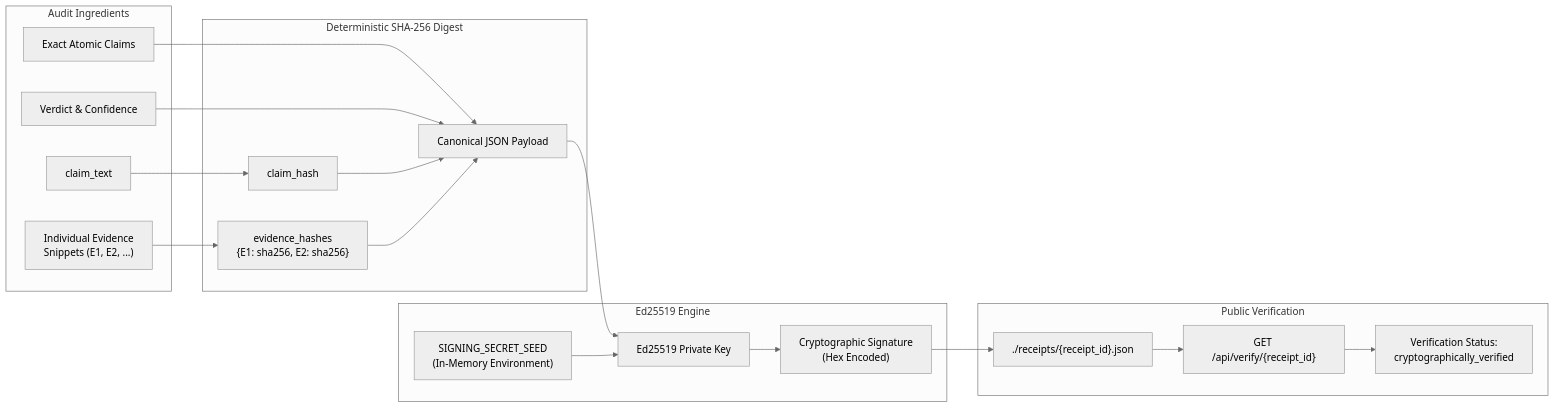
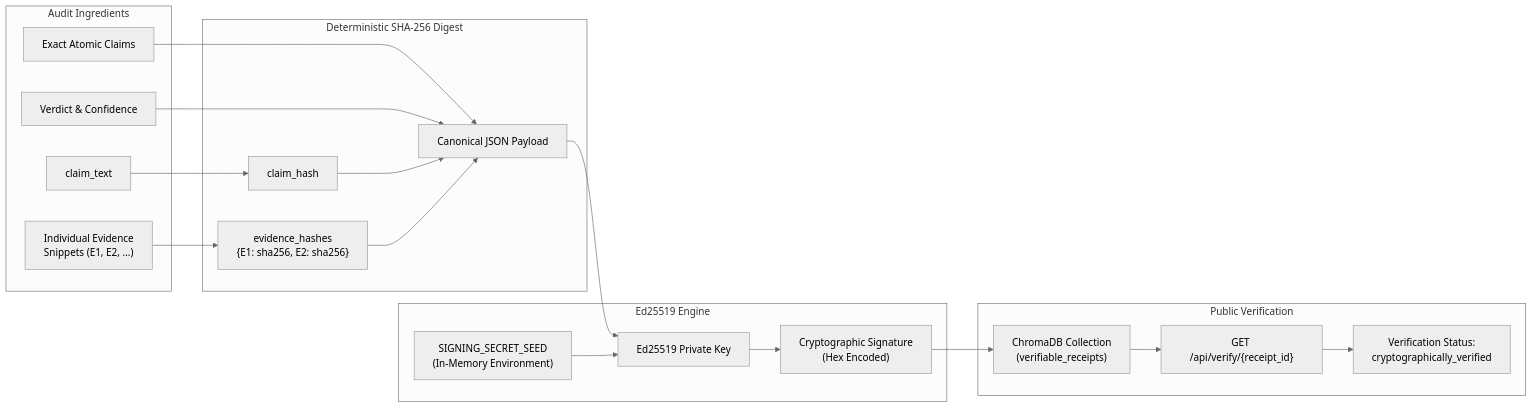
Before and after one commit to VishwaRK-ai/Cameto: the third of 3 diagrams in README.md, drawn with Mermaid (neutral theme). The commit also changed other lines of this file and 4 other files, not shown here.

Commit message:
Patch cryptographic forgery flaw, migrate receipts to ChromaDB, and prep deployment

````diff
--- a/README.md
+++ b/README.md
@@ -139,40 +141,40 @@
 ```mermaid
 flowchart LR
     subgraph Inputs["Audit Ingredients"]
         C["claim_text"]
         E["Individual Evidence\nSnippets (E1, E2, ...)"]
         A["Exact Atomic Claims"]
         V["Verdict & Confidence"]
     end
 
     subgraph Hasher["Deterministic SHA-256 Digest"]
         H1["claim_hash"]
         H2["evidence_hashes\n{E1: sha256, E2: sha256}"]
         H3["Canonical JSON Payload"]
     end
 
     subgraph Signer["Ed25519 Engine"]
         Seed["SIGNING_SECRET_SEED\n(In-Memory Environment)"]
         Key["Ed25519 Private Key"]
         Sig["Cryptographic Signature\n(Hex Encoded)"]
     end
 
     subgraph Verification["Public Verification"]
-        Store["./receipts/{receipt_id}.json"]
+        Store["ChromaDB Collection\n(verifiable_receipts)"]
         Endpoint["GET /api/verify/{receipt_id}"]
         Status["Verification Status:\ncryptographically_verified"]
     end
 
     C --> H1
     E --> H2
     A --> H3
     V --> H3
     H1 --> H3
     H2 --> H3
     H3 --> Key
     Seed --> Key
     Key --> Sig
     Sig --> Store
     Store --> Endpoint
     Endpoint --> Status
 ```
````
